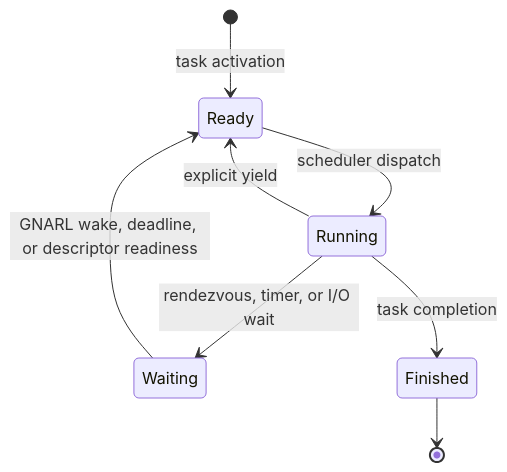
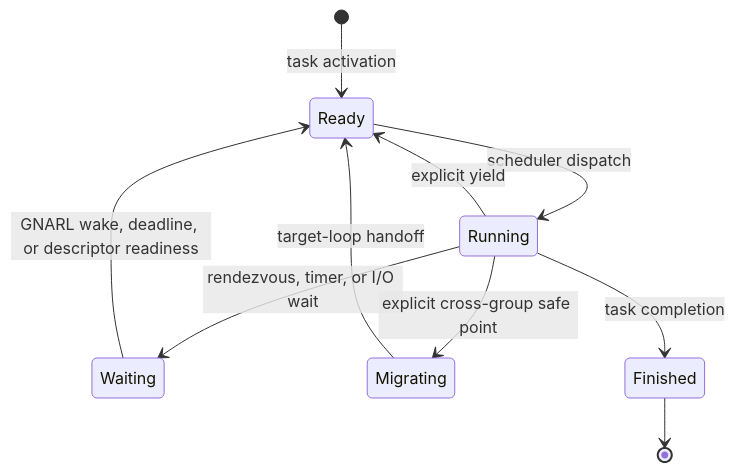
Before and after one commit to flyology-ada/flyology: the second of 3 diagrams in README.md, drawn with Mermaid. The commit also changed other lines of this file and 6 other files, not shown here.

````diff
--- a/README.md
+++ b/README.md
@@ -159,10 +167,12 @@
 ```mermaid
 stateDiagram-v2
     [*] --> Ready: task activation
     Ready --> Running: scheduler dispatch
     Running --> Ready: explicit yield
     Running --> Waiting: rendezvous, timer, or I/O wait
+    Running --> Migrating: explicit cross-group safe point
+    Migrating --> Ready: target-loop handoff
     Waiting --> Ready: GNARL wake, deadline, or descriptor readiness
     Running --> Finished: task completion
     Finished --> [*]
 ```
````
